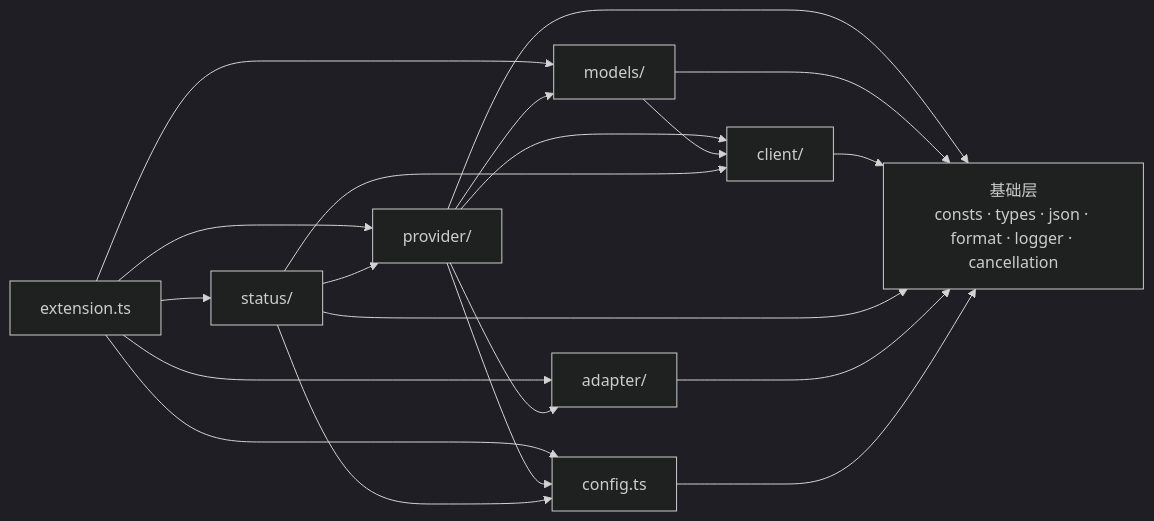
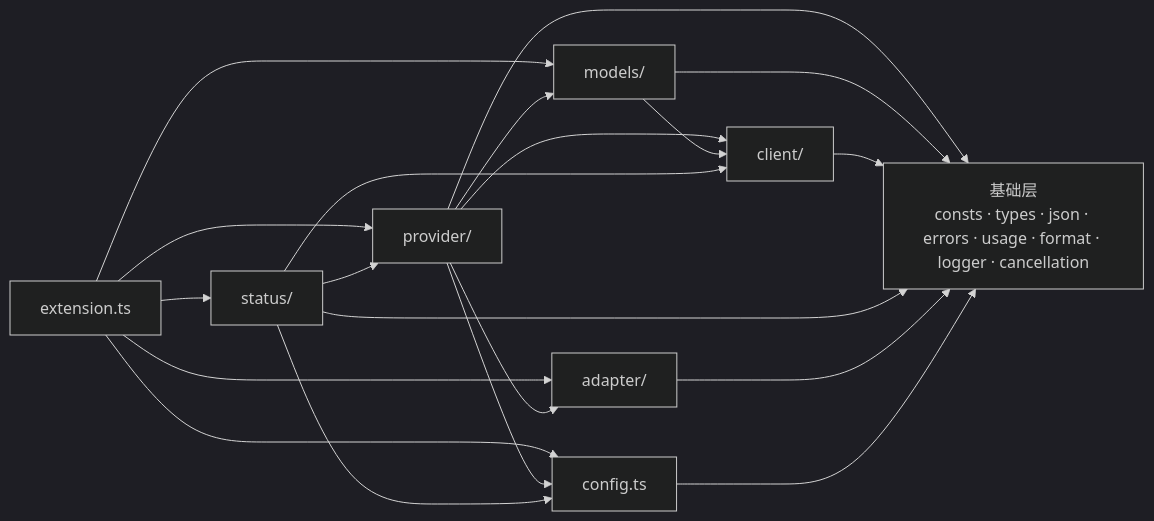
Before and after one commit to zephyraluco/newapi-copilot-chat: the fifth of 5 diagrams in docs/ARCHITECTURE.md, drawn with Mermaid (dark theme). The commit also changed other lines of this file and 9 other files, not shown here.

````diff
--- a/docs/ARCHITECTURE.md
+++ b/docs/ARCHITECTURE.md
@@ -252,31 +259,31 @@
 ```mermaid
 flowchart LR
     ext["extension.ts"]
     provider["provider/"]
     models["models/"]
     client["client/"]
     adapter["adapter/"]
     status["status/"]
     config["config.ts"]
-    base["基础层<br/>consts · types · json · format · logger · cancellation"]
+    base["基础层<br/>consts · types · json · errors · usage · format · logger · cancellation"]
 
     ext --> provider
     ext --> status
     ext --> adapter
     ext --> config
     ext --> models
     provider --> models
     provider --> client
     provider --> adapter
     provider --> config
     models --> client
     status --> client
     status --> provider
     status --> config
     provider --> base
     models --> base
     client --> base
     status --> base
     adapter --> base
     config --> base
 ```
````
